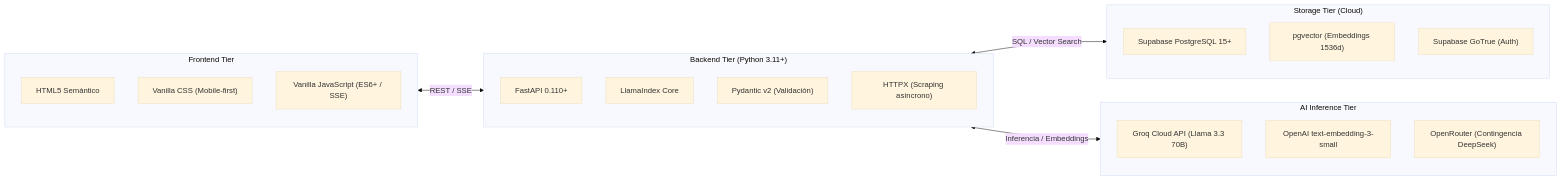
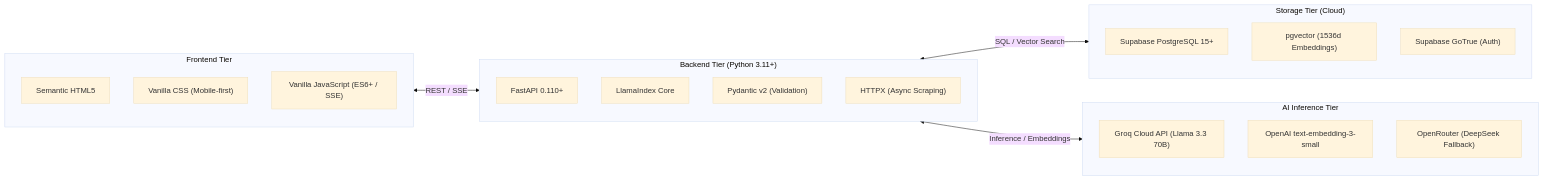
The diagram in docs/README.md (jorghee/inti-rag), drawn with Mermaid (base theme) before and after one commit. The commit also changed other lines of this file and 9 other files, not shown here.

````diff
--- a/docs/README.md
+++ b/docs/README.md
@@ -58,31 +58,31 @@
 ```mermaid
 flowchart LR
     subgraph Frontend["Frontend Tier"]
-        HTML["HTML5 Semántico"]
+        HTML["Semantic HTML5"]
         CSS["Vanilla CSS (Mobile-first)"]
         JS["Vanilla JavaScript (ES6+ / SSE)"]
     end
 
     subgraph Backend["Backend Tier (Python 3.11+)"]
         FastAPI["FastAPI 0.110+"]
         LlamaIndex["LlamaIndex Core"]
-        Pydantic["Pydantic v2 (Validación)"]
-        HTTPX["HTTPX (Scraping asíncrono)"]
+        Pydantic["Pydantic v2 (Validation)"]
+        HTTPX["HTTPX (Async Scraping)"]
     end
 
     subgraph Persistence["Storage Tier (Cloud)"]
         Supabase["Supabase PostgreSQL 15+"]
-        PGVector["pgvector (Embeddings 1536d)"]
+        PGVector["pgvector (1536d Embeddings)"]
         AuthService["Supabase GoTrue (Auth)"]
     end
 
     subgraph AI["AI Inference Tier"]
         Groq["Groq Cloud API (Llama 3.3 70B)"]
         OpenAI["OpenAI text-embedding-3-small"]
-        OpenRouter["OpenRouter (Contingencia DeepSeek)"]
+        OpenRouter["OpenRouter (DeepSeek Fallback)"]
     end
 
     Frontend <-->|REST / SSE| Backend
     Backend <-->|SQL / Vector Search| Persistence
-    Backend <-->|Inferencia / Embeddings| AI
+    Backend <-->|Inference / Embeddings| AI
 ```
````
